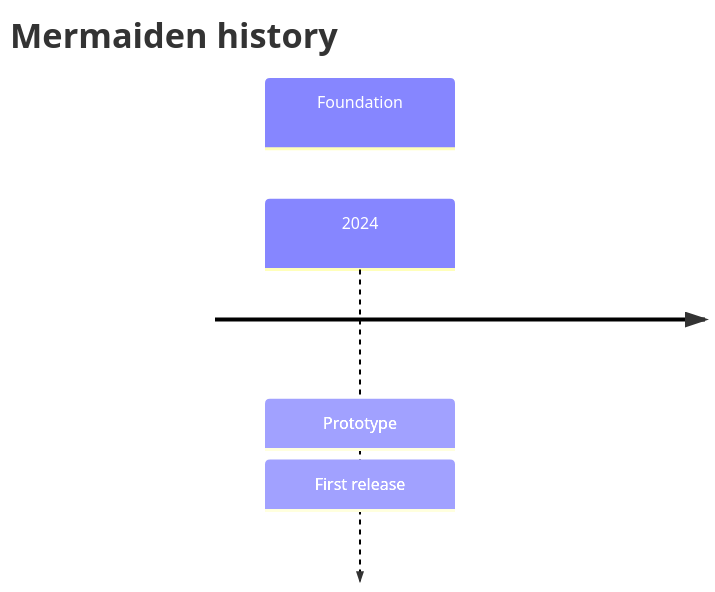
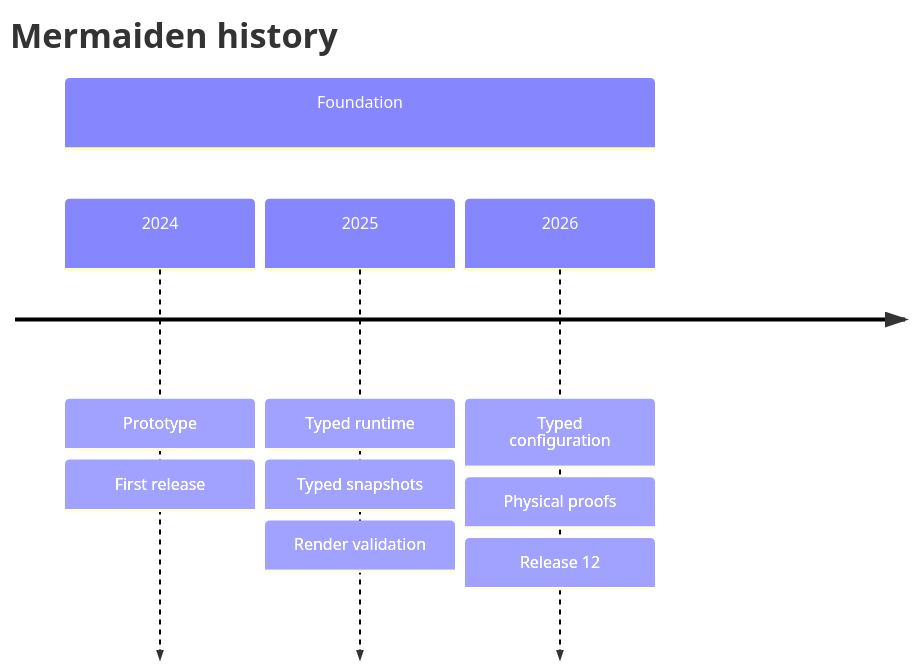
Before and after one commit to szpak-dev/mermaiden: the diagram in docs/contracts/configuration-rendering/sources/timeline.mmd, drawn with Mermaid. The commit also changed 107 other files, not shown here.

```diff
--- a/docs/contracts/configuration-rendering/sources/timeline.mmd
+++ b/docs/contracts/configuration-rendering/sources/timeline.mmd
@@ -1,9 +1,11 @@
 ---
 config:
   wrap: true
-  timeline: {"useWidth": 0.0, "useMaxWidth": true, "diagramMarginX": 50, "diagramMarginY": 10, "leftMargin": 150, "width": 150, "height": 50, "padding": 0.0, "boxMargin": 10, "boxTextMargin": 5, "noteMargin": 10, "messageMargin": 35, "messageAlign": "center", "bottomMarginAdj": 1, "rightAngles": false, "taskFontSize": 14.0, "taskFontFamily": "\"Open Sans\", sans-serif", "taskMargin": 50.0, "activationWidth": 10.0, "textPlacement": "fo", "actorColours": ["#8FBC8F", "#7CFC00", "#00FFFF", "#20B2AA", "#B0E0E6", "#FFFFE0"], "sectionFills": ["#191970", "#8B008B", "#4B0082", "#2F4F4F", "#800000", "#8B4513", "#00008B"], "sectionColours": ["#fff"], "disableMulticolor": false}
+  timeline: {"useWidth": 960.0, "useMaxWidth": true, "diagramMarginX": 50, "diagramMarginY": 10, "leftMargin": 150, "width": 150, "height": 50, "padding": -1.0, "boxMargin": 10, "boxTextMargin": 5, "noteMargin": 10, "messageMargin": 35, "messageAlign": "center", "bottomMarginAdj": 1, "rightAngles": false, "taskFontSize": 14.0, "taskFontFamily": "\"Open Sans\", sans-serif", "taskMargin": 50.0, "activationWidth": 10.0, "textPlacement": "fo", "actorColours": ["#8FBC8F", "#7CFC00", "#00FFFF", "#20B2AA", "#B0E0E6", "#FFFFE0"], "sectionFills": ["#191970", "#8B008B", "#4B0082", "#2F4F4F", "#800000", "#8B4513", "#00008B"], "sectionColours": ["#fff"], "disableMulticolor": false}
 ---
 timeline
 title Mermaiden history
 section Foundation
   2024 : Prototype : First release
+  2025 : Typed runtime : Typed snapshots : Render validation
+  2026 : Typed configuration : Physical proofs : Release 12
```
